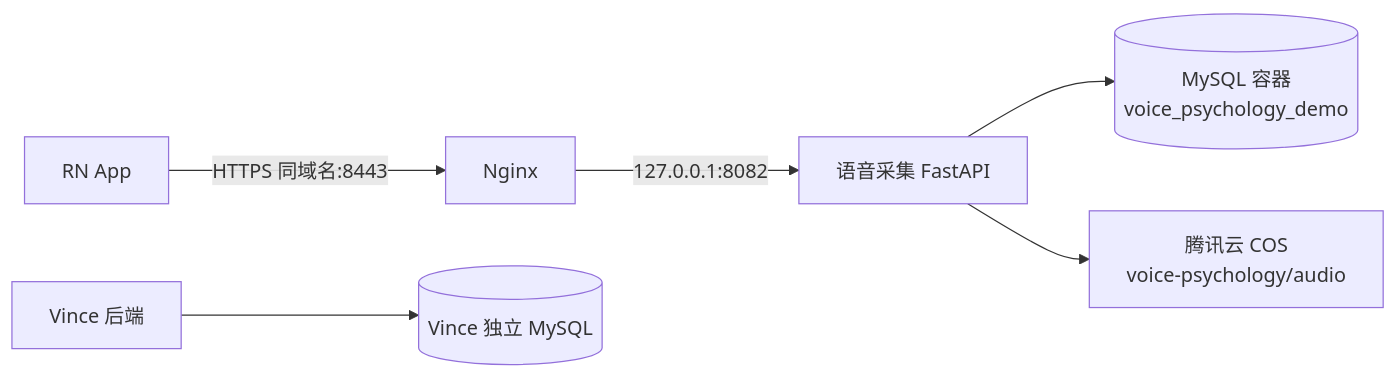
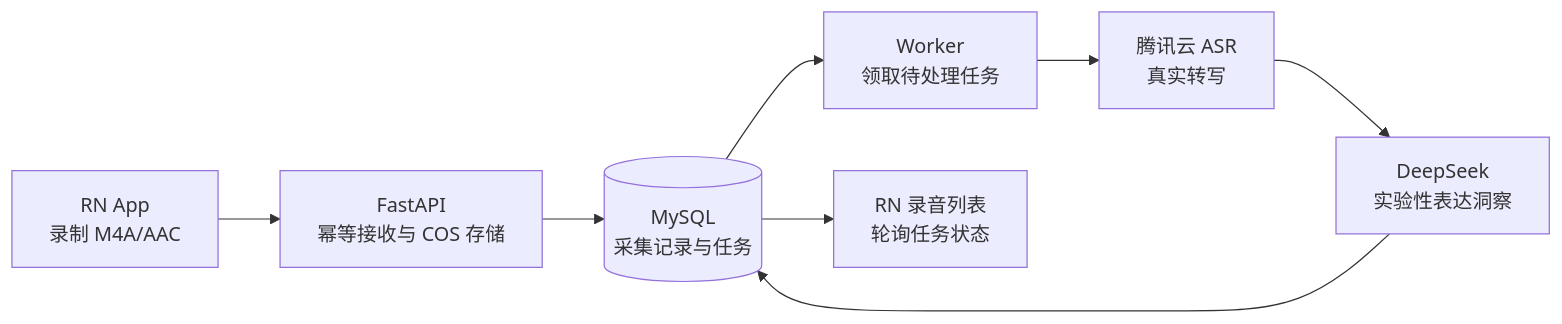
One commit to Vince929/voice-psychology-research-demo changed the first of 3 diagrams in docs/语音心理科研采集 App Demo 需求文档.md. Above: the diagram before and after it, drawn with Mermaid. The commit also changed other lines of this file and 26 other files, not shown here.

````diff
--- a/docs/语音心理科研采集 App Demo 需求文档.md
+++ b/docs/语音心理科研采集 App Demo 需求文档.md
@@ -61,8 +43,10 @@
 ```mermaid
 flowchart LR
-    A[RN App] -->|HTTPS 同域名:8443| B[Nginx]
-    B -->|127.0.0.1:8082| C[语音采集 FastAPI]
-    C --> D[(MySQL 容器<br/>voice_psychology_demo)]
-    C --> E[腾讯云 COS<br/>voice-psychology/audio]
-    F[Vince 后端] --> G[(Vince 独立 MySQL)]
+    A[RN App<br/>录制 M4A/AAC] --> B[FastAPI<br/>幂等接收与 COS 存储]
+    B --> C[(MySQL<br/>采集记录与任务)]
+    C --> D[Worker<br/>领取待处理任务]
+    D --> E[腾讯云 ASR<br/>真实转写]
+    E --> F[DeepSeek<br/>实验性表达洞察]
+    F --> C
+    C --> G[RN 录音列表<br/>轮询任务状态]
 ```
````
